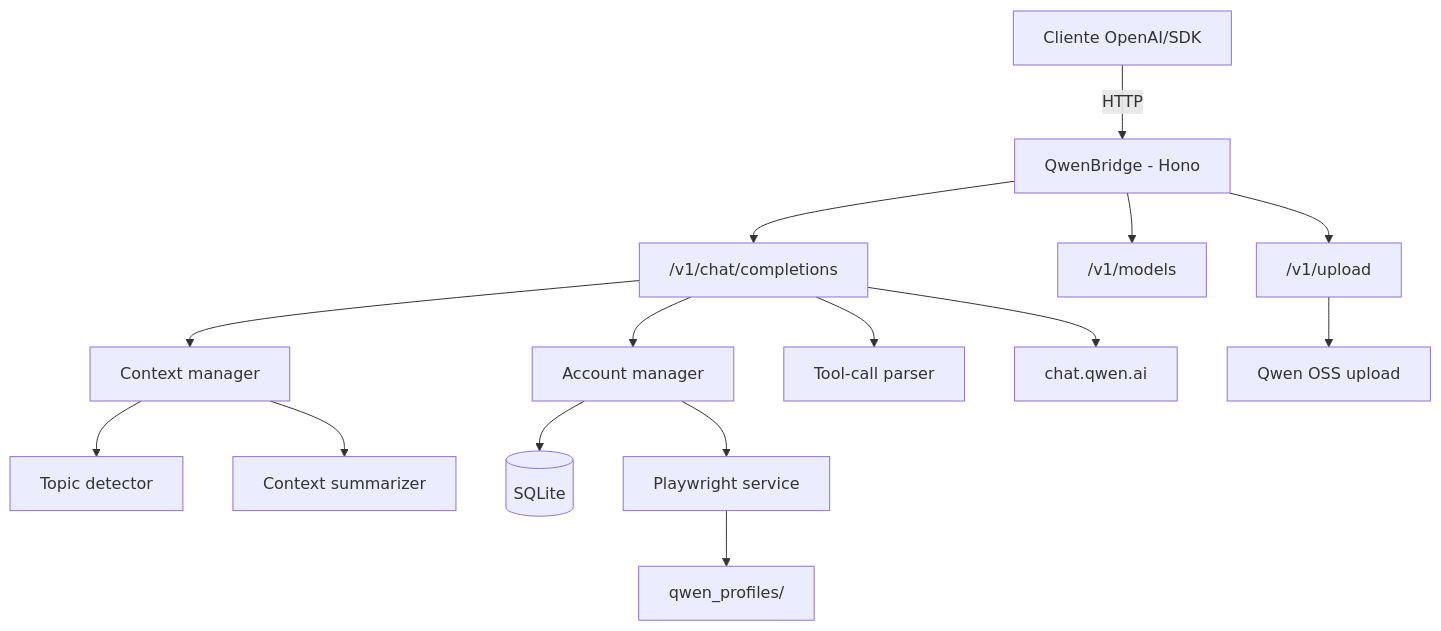
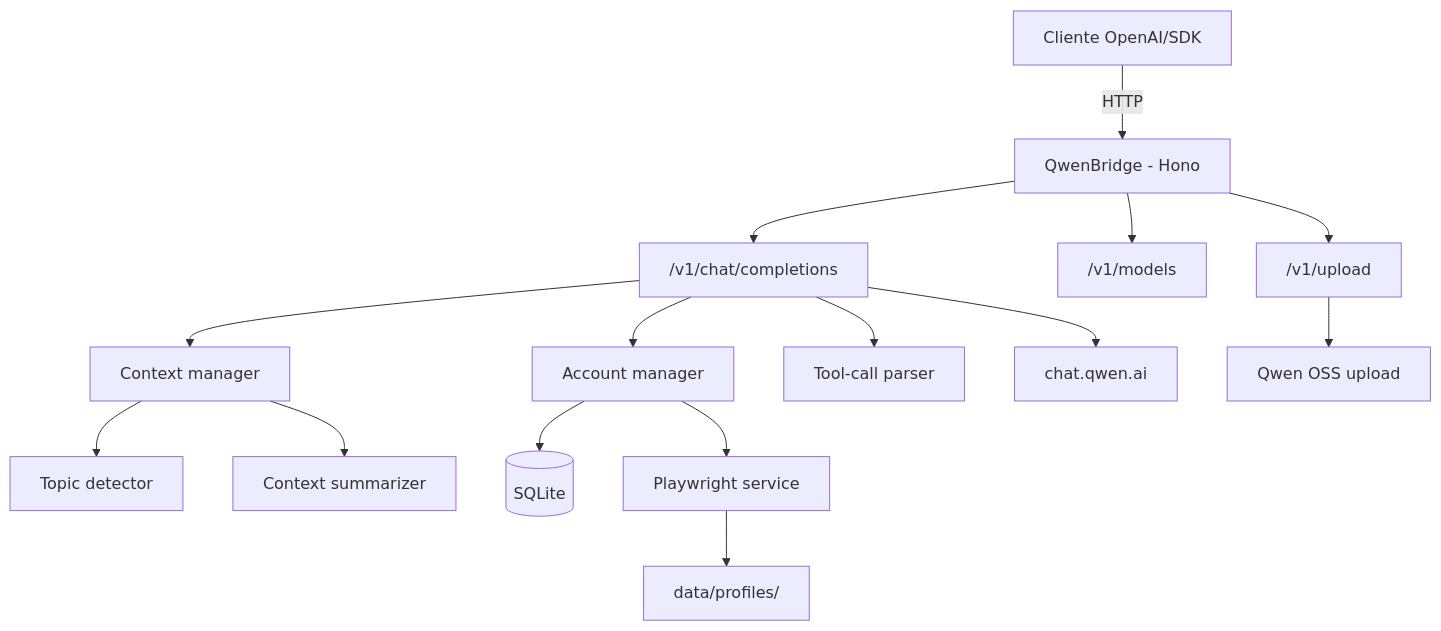
Before and after one commit to johngbl/qwenproxy: the diagram in README.md, drawn with Mermaid. The commit also changed other lines of this file and 8 other files, not shown here.

````diff
--- a/README.md
+++ b/README.md
@@ -32,17 +32,17 @@
 ```mermaid
 flowchart TD
     Client["Cliente OpenAI/SDK"] -->|HTTP| Proxy["QwenBridge - Hono"]
     Proxy --> Chat["/v1/chat/completions"]
     Proxy --> Models["/v1/models"]
     Proxy --> Upload["/v1/upload"]
     Chat --> Context["Context manager"]
     Context --> Topic["Topic detector"]
     Context --> Summary["Context summarizer"]
     Chat --> Accounts["Account manager"]
     Accounts --> DB[("SQLite")]
     Accounts --> PW["Playwright service"]
-    PW --> Profiles["qwen_profiles/"]
+    PW --> Profiles["data/profiles/"]
     Chat --> Parser["Tool-call parser"]
     Chat --> Qwen["chat.qwen.ai"]
     Upload --> OSS["Qwen OSS upload"]
 ```
````
